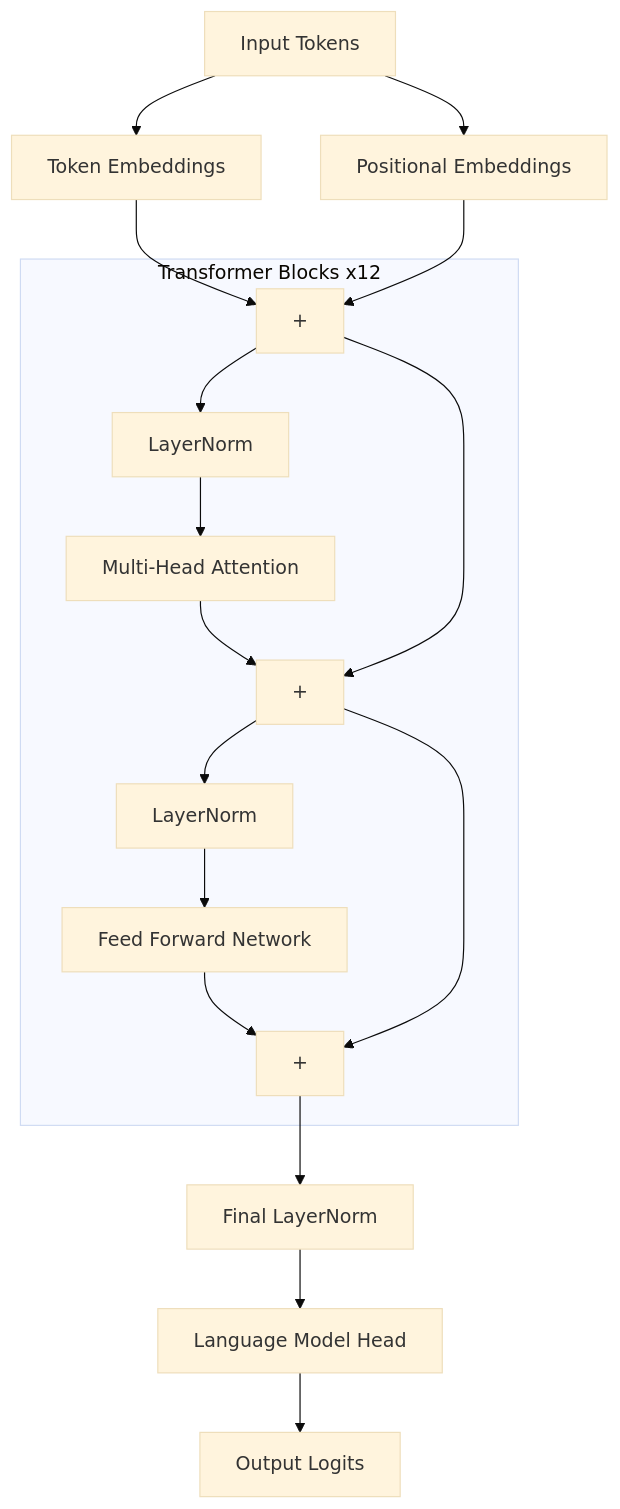
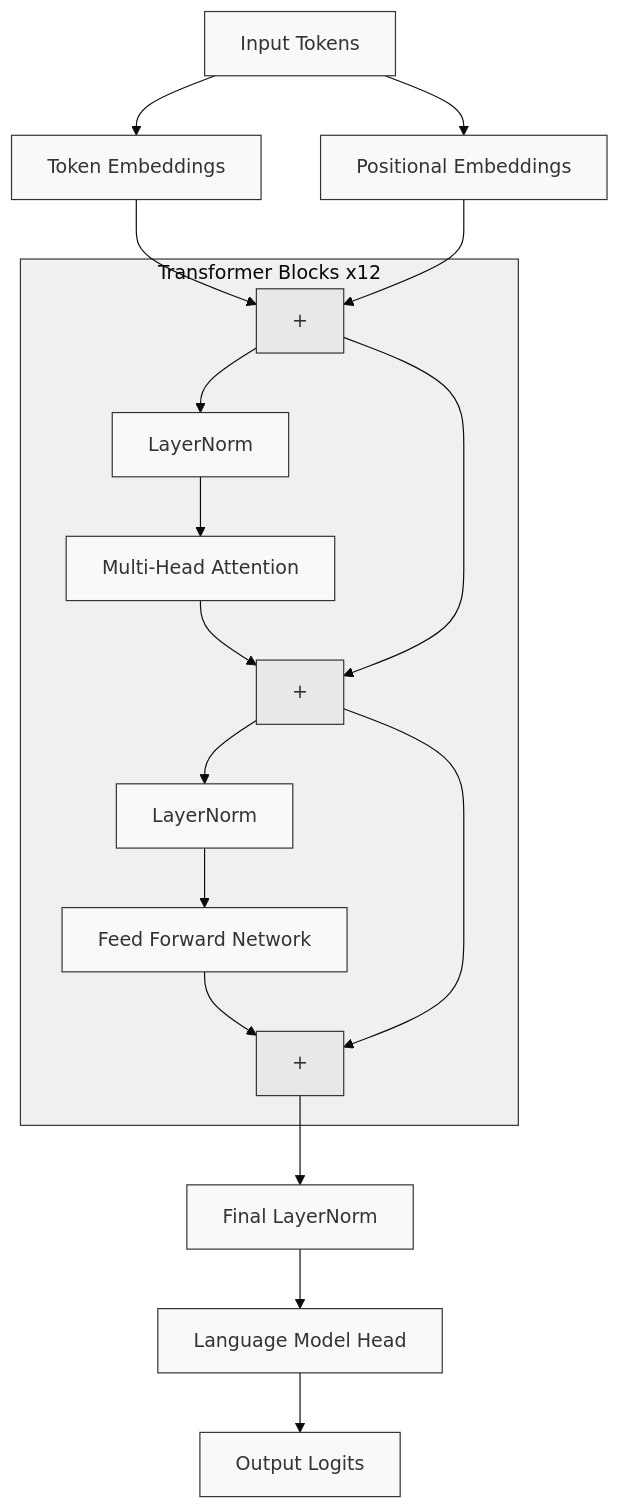
One commit to prateekcaire/GPT2-VictorianStories changed the first of 4 diagrams in victorian-stories-gpt/README.md. Above: the diagram before and after it, drawn with Mermaid (base theme).

Commit message:
fix model architecture

````diff
--- a/victorian-stories-gpt/README.md
+++ b/victorian-stories-gpt/README.md
@@ -45,39 +45,33 @@
 ```mermaid
 flowchart TB
     Input[Input Tokens]
     TokenEmb[Token Embeddings]
     PosEmb[Positional Embeddings]
-    Add1["+"]
+    Add1[+]
     
-    Input --> TokenEmb
-    Input --> PosEmb
-    TokenEmb --> Add1
-    PosEmb --> Add1
+    Input --> TokenEmb & PosEmb
+    TokenEmb & PosEmb --> Add1
     
     subgraph TransformerBlock[Transformer Blocks x12]
         LN1[LayerNorm]
         MHA[Multi-Head Attention]
-        Add2["+"]
+        Add2[+]
         LN2[LayerNorm]
         FFN[Feed Forward Network]
-        Add3["+"]
+        Add3[+]
         
-        Add1 --> LN1
-        LN1 --> MHA
-        MHA --> Add2
-        Add1 ---> Add2
-        Add2 --> LN2
-        LN2 --> FFN
-        FFN --> Add3
-        Add2 ---> Add3
+        Add1 --> LN1 --> MHA --> Add2
+        Add1 --> Add2
+        Add2 --> LN2 --> FFN --> Add3
+        Add2 --> Add3
     end
     
-    FinalLN[Final LayerNorm]
-    LMHead[Language Model Head]
-    Output[Output Logits]
-    
-    Add3 --> FinalLN
-    FinalLN --> LMHead
-    LMHead --> Output
-    class Add1,Add2,Add3 addition
+    Add3 --> FinalLN[Final LayerNorm]
+    FinalLN --> LMHead[Language Model Head]
+    LMHead --> Output[Output Logits]
+
+    classDef default fill:#f9f9f9,stroke:#333,stroke-width:1px
+    classDef plus fill:#e8e8e8,stroke:#333,stroke-width:1px
+    class Add1,Add2,Add3 plus
+    style TransformerBlock fill:#f0f0f0,stroke:#333,stroke-width:1px
 ```
````
